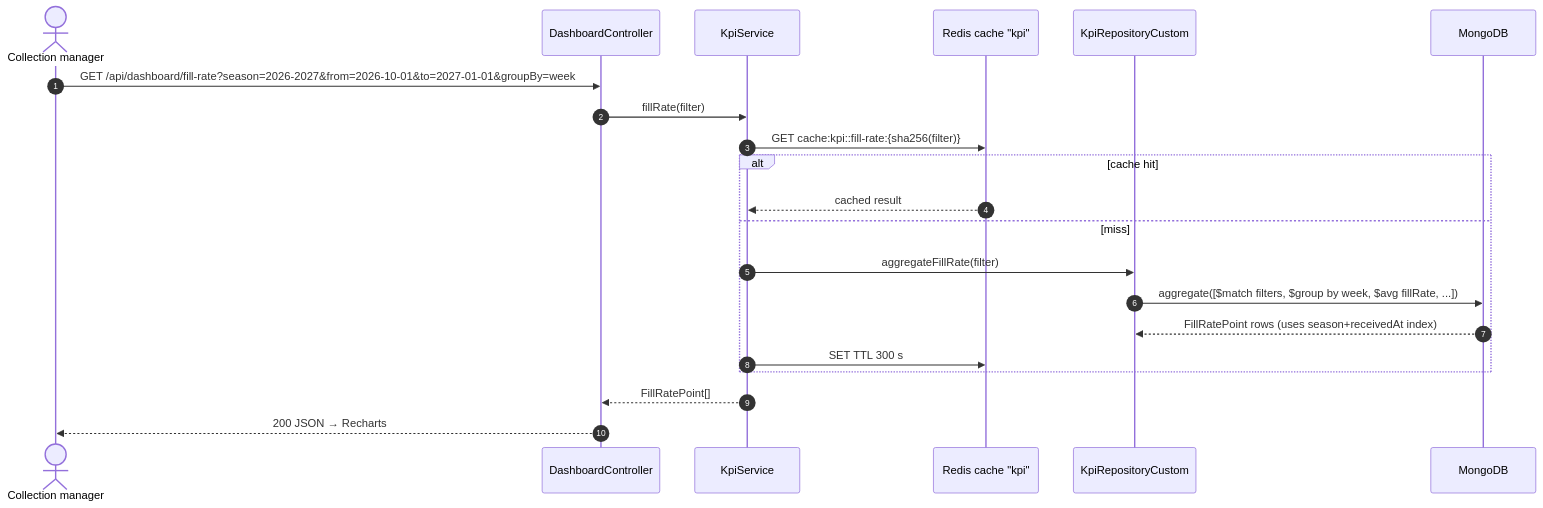
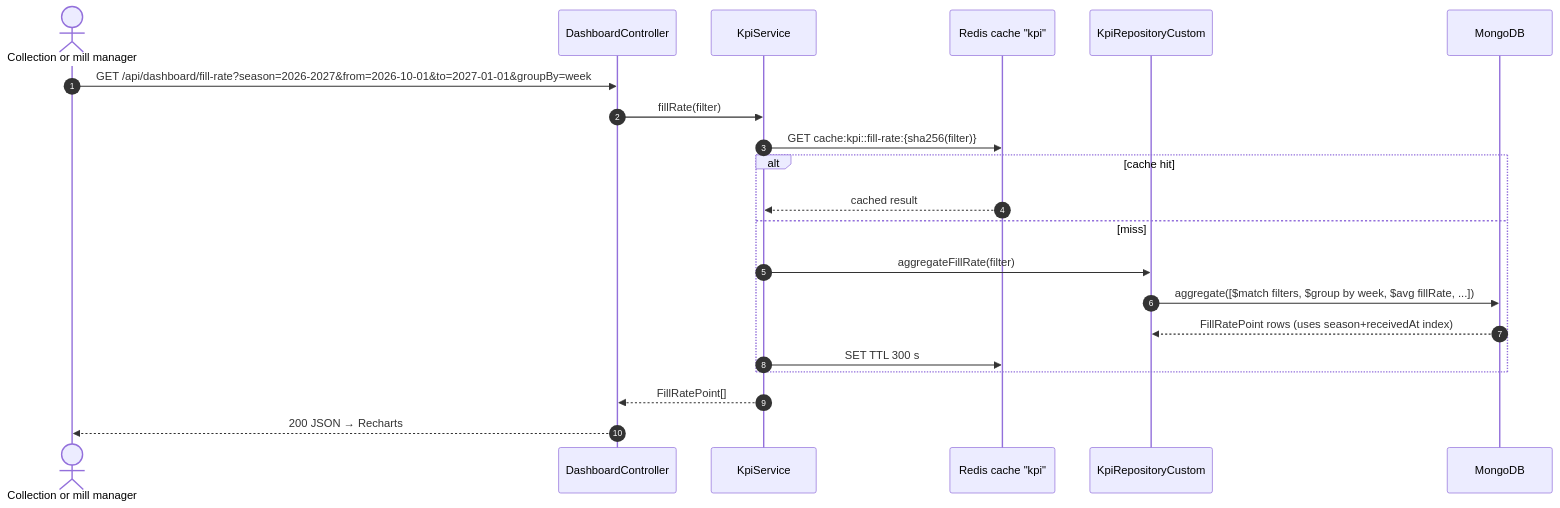
Before and after one commit to Iyed-M/olive-connect: diagram 12 of 21 in docs/04-uml-design.md, drawn with Mermaid. The commit also changed 12 other files, not shown here.

````diff
--- a/docs/04-uml-design.md
+++ b/docs/04-uml-design.md
@@ -1128,24 +1128,24 @@
 ```mermaid
 sequenceDiagram
     autonumber
-    actor CM as Collection manager
+    actor CM as Collection or mill manager
     participant C as DashboardController
     participant K as KpiService
     participant RC as Redis cache "kpi"
     participant KR as KpiRepositoryCustom
     participant M as MongoDB
 
     CM->>C: GET /api/dashboard/fill-rate?season=2026-2027&from=2026-10-01&to=2027-01-01&groupBy=week
     C->>K: fillRate(filter)
     K->>RC: GET cache:kpi::fill-rate:{sha256(filter)}
     alt cache hit
         RC-->>K: cached result
     else miss
         K->>KR: aggregateFillRate(filter)
         KR->>M: aggregate([$match filters, $group by week, $avg fillRate, ...])
         M-->>KR: FillRatePoint rows (uses season+receivedAt index)
         K->>RC: SET TTL 300 s
     end
     K-->>C: FillRatePoint[]
     C-->>CM: 200 JSON → Recharts
 ```
````
